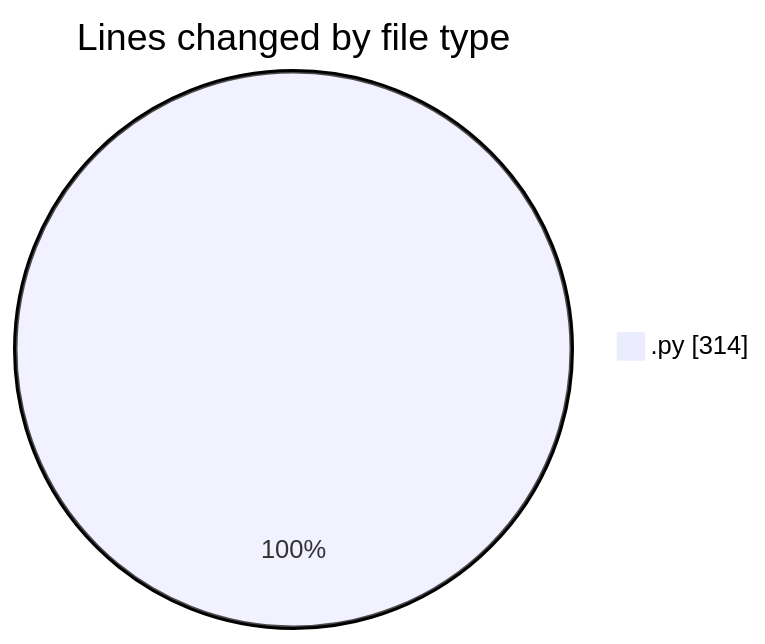
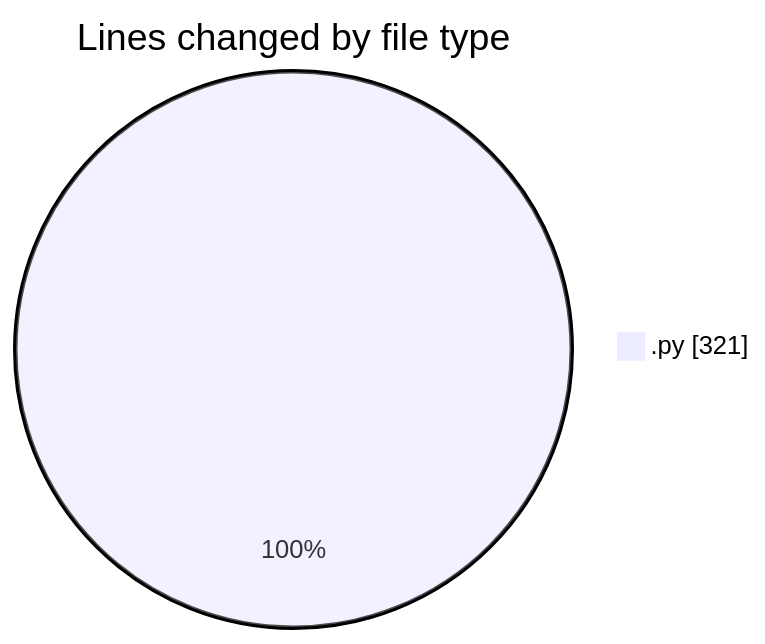
Before and after one commit to julien-gomy/code-tracking: the first of 2 diagrams in 2025-10-17/eventscop-api-guide__workspace_/README.md, drawn with Mermaid. The commit also changed other lines of this file and 1 other file, not shown here.

````diff
--- a/2025-10-17/eventscop-api-guide__workspace_/README.md
+++ b/2025-10-17/eventscop-api-guide__workspace_/README.md
@@ -22,5 +23,5 @@
 ```mermaid
 pie showData
 title Lines changed by file type
-".py" : 314
+".py" : 321
 ```
````
